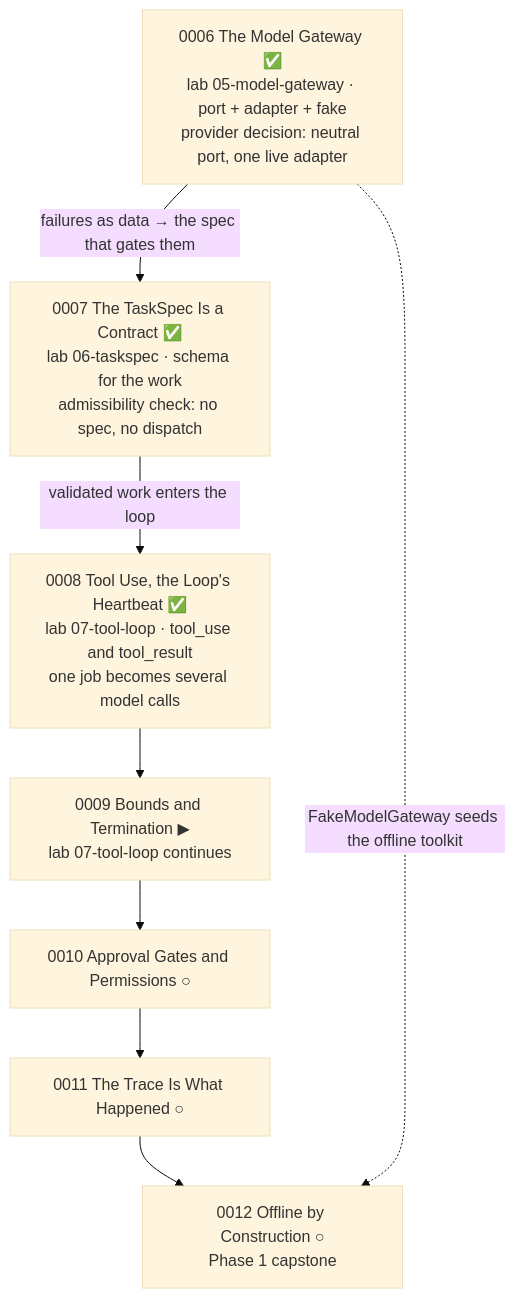
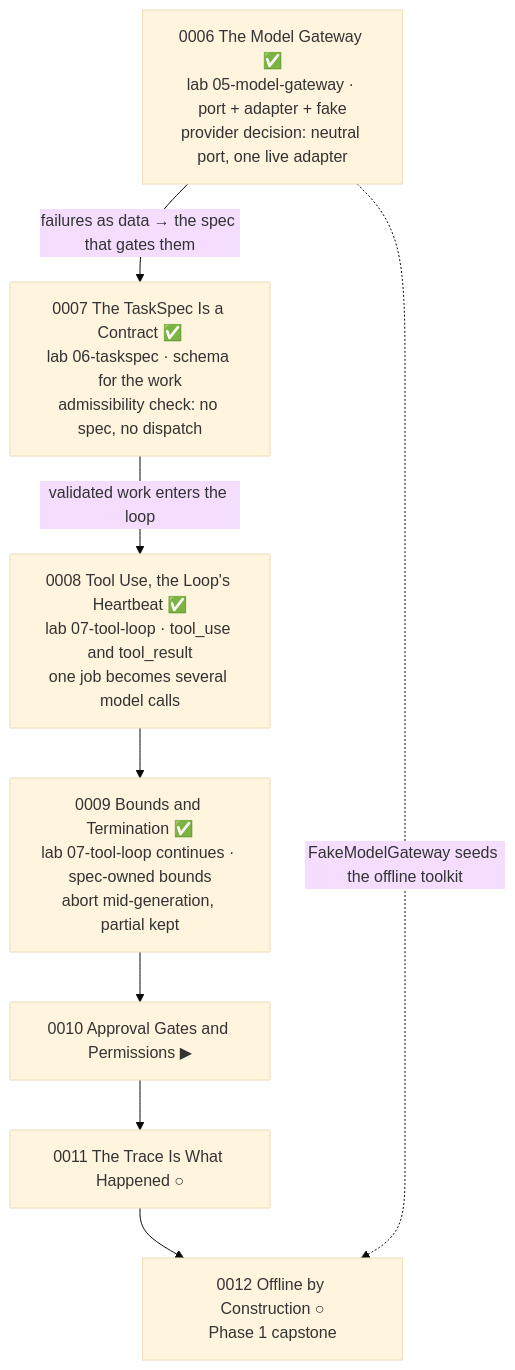
Before and after one commit to JozsefKiss90/TS: the third of 4 diagrams in wiki/course/course-module-graph.md, drawn with Mermaid (base theme). The commit also changed other lines of this file and 46 other files, not shown here.

````diff
--- a/wiki/course/course-module-graph.md
+++ b/wiki/course/course-module-graph.md
@@ -54,14 +54,14 @@
 ```mermaid
 flowchart TD
     M6["0006 The Model Gateway ✅<br/>lab 05-model-gateway · port + adapter + fake<br/>provider decision: neutral port, one live adapter"]
     M7["0007 The TaskSpec Is a Contract ✅<br/>lab 06-taskspec · schema for the work<br/>admissibility check: no spec, no dispatch"]
     M8["0008 Tool Use, the Loop's Heartbeat ✅<br/>lab 07-tool-loop · tool_use and tool_result<br/>one job becomes several model calls"]
-    M9["0009 Bounds and Termination ▶<br/>lab 07-tool-loop continues"]
-    M10["0010 Approval Gates and Permissions ○"]
+    M9["0009 Bounds and Termination ✅<br/>lab 07-tool-loop continues · spec-owned bounds<br/>abort mid-generation, partial kept"]
+    M10["0010 Approval Gates and Permissions ▶"]
     M11["0011 The Trace Is What Happened ○"]
     M12["0012 Offline by Construction ○<br/>Phase 1 capstone"]
     M6 -->|"failures as data → the spec that gates them"| M7
     M7 -->|"validated work enters the loop"| M8
     M8 --> M9 --> M10 --> M11 --> M12
     M6 -.->|"FakeModelGateway seeds the offline toolkit"| M12
 ```
````
